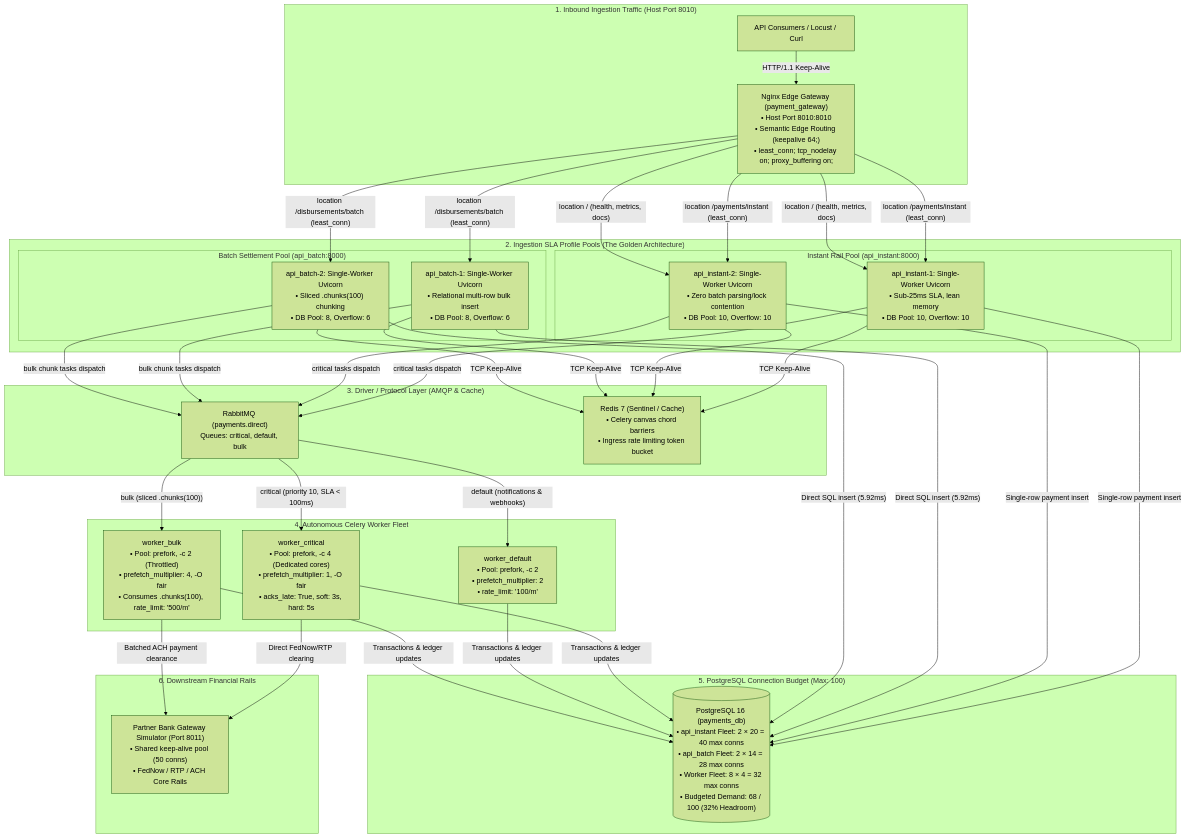
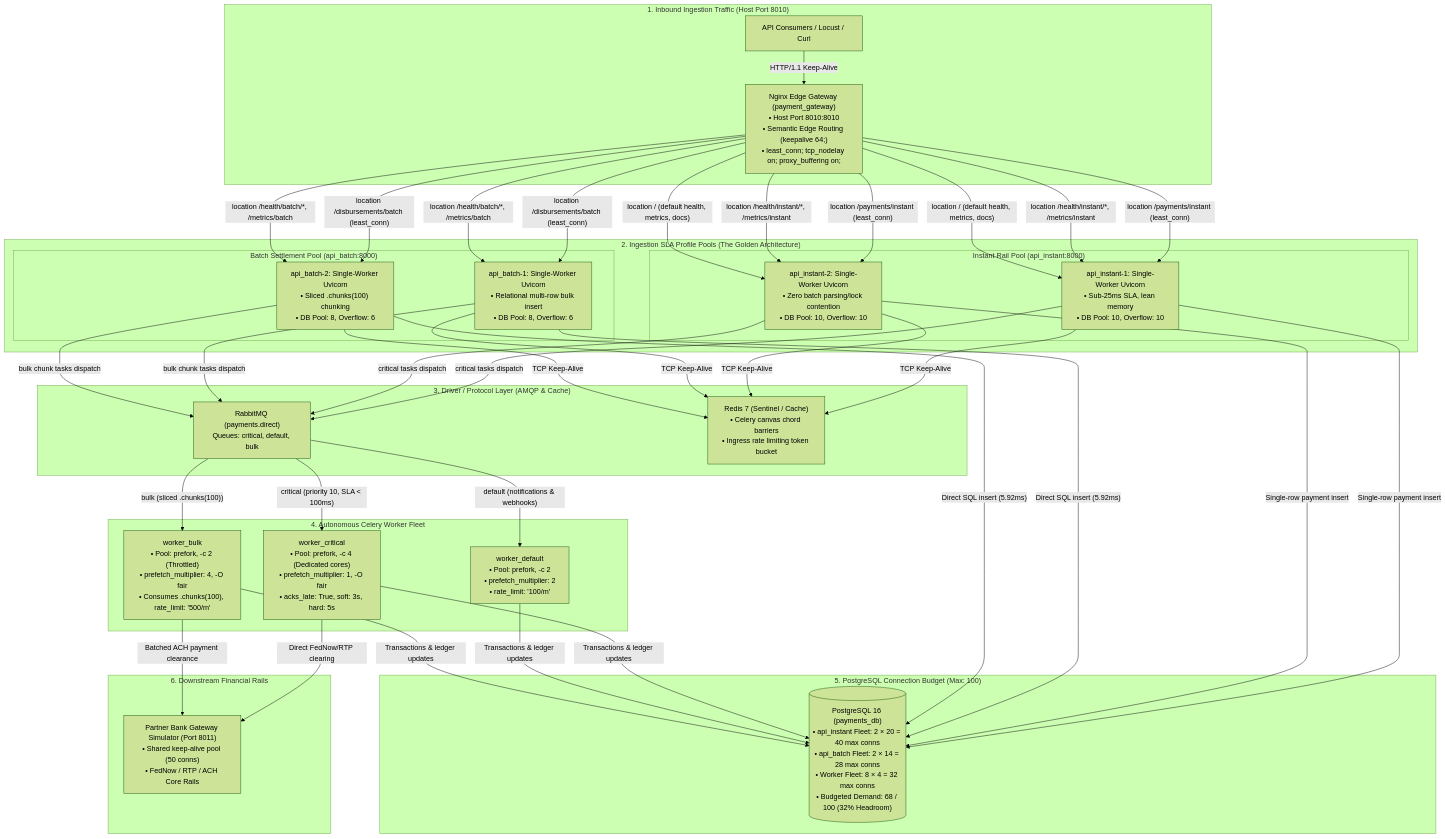
One commit to Santiagus/Python changed the first of 7 diagrams in Celery/2_Advanced_Celery_Topics/03_routing_and_capacity/docs/ARCHITECTURE_AND_STANDARDS.md. Above: the diagram before and after it, drawn with Mermaid (forest theme). The commit also changed other lines of this file and 8 other files, not shown here.

First line of the commit message:
feat(observability): implement per-service health and metrics routing for container pools

````diff
--- a/Celery/2_Advanced_Celery_Topics/03_routing_and_capacity/docs/ARCHITECTURE_AND_STANDARDS.md
+++ b/Celery/2_Advanced_Celery_Topics/03_routing_and_capacity/docs/ARCHITECTURE_AND_STANDARDS.md
@@ -11,58 +11,60 @@
 ```mermaid
 flowchart TD
     subgraph ClientLayer ["1. Inbound Ingestion Traffic (Host Port 8010)"]
         Client["API Consumers / Locust / Curl"] -->|"HTTP/1.1 Keep-Alive"| Nginx["Nginx Edge Gateway (payment_gateway)<br/>• Host Port 8010:8010<br/>• Semantic Edge Routing (keepalive 64;)<br/>• least_conn; tcp_nodelay on; proxy_buffering on;"]
     end
 
     subgraph ContainerFleet ["2. Ingestion SLA Profile Pools (The Golden Architecture)"]
         subgraph InstantPool ["Instant Rail Pool (api_instant:8000)"]
             API_I1["api_instant-1: Single-Worker Uvicorn<br/>• Sub-25ms SLA, lean memory<br/>• DB Pool: 10, Overflow: 10"]
             API_I2["api_instant-2: Single-Worker Uvicorn<br/>• Zero batch parsing/lock contention<br/>• DB Pool: 10, Overflow: 10"]
         end
         subgraph BatchPool ["Batch Settlement Pool (api_batch:8000)"]
             API_B1["api_batch-1: Single-Worker Uvicorn<br/>• Relational multi-row bulk insert<br/>• DB Pool: 8, Overflow: 6"]
             API_B2["api_batch-2: Single-Worker Uvicorn<br/>• Sliced .chunks(100) chunking<br/>• DB Pool: 8, Overflow: 6"]
         end
     end
 
     subgraph MessagingLayer ["3. Driver / Protocol Layer (AMQP & Cache)"]
         RMQ["RabbitMQ (payments.direct)<br/>Queues: critical, default, bulk"]
         Redis["Redis 7 (Sentinel / Cache)<br/>• Celery canvas chord barriers<br/>• Ingress rate limiting token bucket"]
     end
 
     subgraph ConsumerFleet ["4. Autonomous Celery Worker Fleet"]
         WCrit["worker_critical<br/>• Pool: prefork, -c 4 (Dedicated cores)<br/>• prefetch_multiplier: 1, -O fair<br/>• acks_late: True, soft: 3s, hard: 5s"]
         WDef["worker_default<br/>• Pool: prefork, -c 2<br/>• prefetch_multiplier: 2<br/>• rate_limit: '100/m'"]
         WBulk["worker_bulk<br/>• Pool: prefork, -c 2 (Throttled)<br/>• prefetch_multiplier: 4, -O fair<br/>• Consumes .chunks(100), rate_limit: '500/m'"]
     end
 
     subgraph DatabaseLayer ["5. PostgreSQL Connection Budget (Max: 100)"]
         PG[("PostgreSQL 16 (payments_db)<br/>• api_instant Fleet: 2 × 20 = 40 max conns<br/>• api_batch Fleet: 2 × 14 = 28 max conns<br/>• Worker Fleet: 8 × 4 = 32 max conns<br/>• Budgeted Demand: 68 / 100 (32% Headroom)")]
     end
 
     subgraph ExternalBank ["6. Downstream Financial Rails"]
         BankSim["Partner Bank Gateway Simulator (Port 8011)<br/>• Shared keep-alive pool (50 conns)<br/>• FedNow / RTP / ACH Core Rails"]
     end
 
-    %% Edge Semantic Routing
+    %% Edge Semantic Routing & Per-Service Observability
     Nginx -->|"location /payments/instant (least_conn)"| API_I1 & API_I2
     Nginx -->|"location /disbursements/batch (least_conn)"| API_B1 & API_B2
-    Nginx -->|"location / (health, metrics, docs)"| API_I1 & API_I2
+    Nginx -->|"location /health/instant/*, /metrics/instant"| API_I1 & API_I2
+    Nginx -->|"location /health/batch/*, /metrics/batch"| API_B1 & API_B2
+    Nginx -->|"location / (default health, metrics, docs)"| API_I1 & API_I2
 
     %% Ingestion API Dispatches & Writes
     API_I1 & API_I2 -->|"critical tasks dispatch"| RMQ
     API_B1 & API_B2 -->|"bulk chunk tasks dispatch"| RMQ
     API_I1 & API_I2 & API_B1 & API_B2 -->|"TCP Keep-Alive"| Redis
     API_I1 & API_I2 -->|"Single-row payment insert"| PG
     API_B1 & API_B2 -->|"Direct SQL insert (5.92ms)"| PG
 
     %% Broker Dispatches to Workers
     RMQ -->|"critical (priority 10, SLA &lt; 100ms)"| WCrit
     RMQ -->|"default (notifications & webhooks)"| WDef
     RMQ -->|"bulk (sliced .chunks(100))"| WBulk
 
     %% Worker Execution: Database & External Bank
     WCrit & WDef & WBulk -->|"Transactions & ledger updates"| PG
     WCrit -->|"Direct FedNow/RTP clearing"| BankSim
     WBulk -->|"Batched ACH payment clearance"| BankSim
 ```
````
